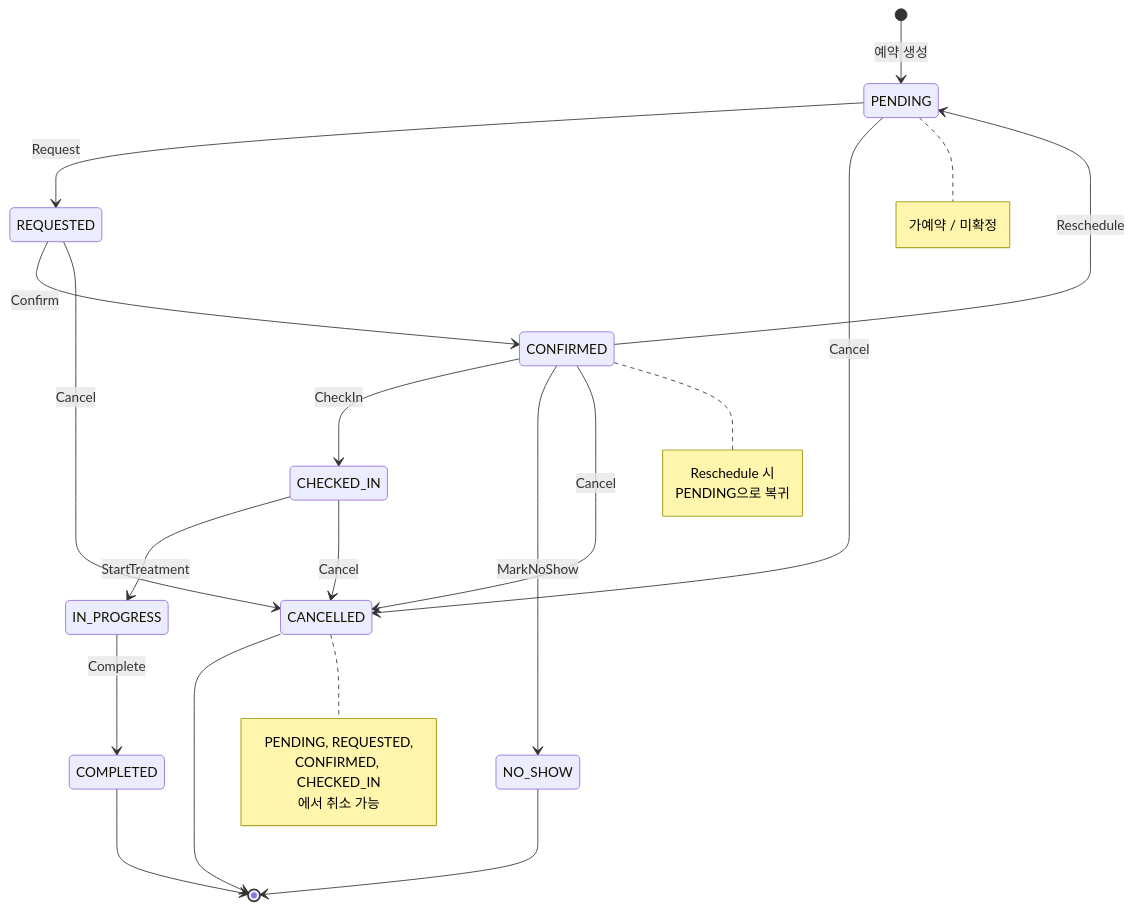
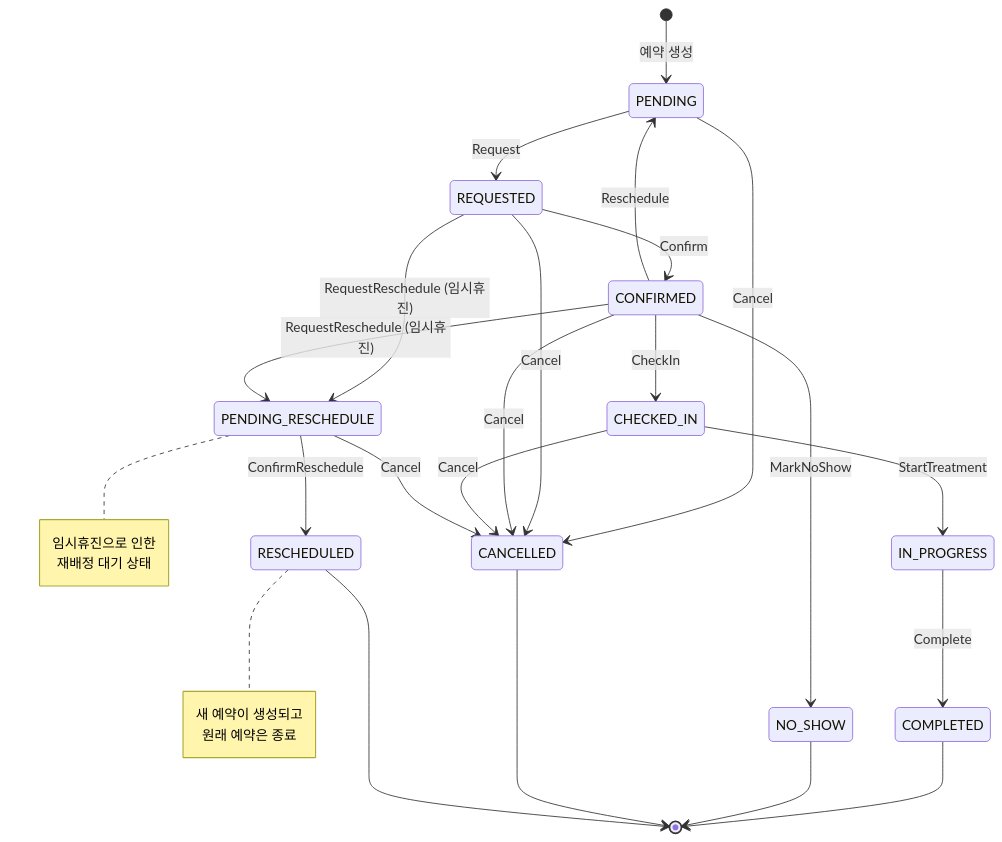
Before and after one commit to bluetape4k/bluetape4k-experimental: the fourth of 9 diagrams in scheduling/README.md, drawn with Mermaid. The commit also changed other lines of this file, not shown here.

````diff
--- a/scheduling/README.md
+++ b/scheduling/README.md
@@ -210,39 +318,40 @@
 ```mermaid
 stateDiagram-v2
     [*] --> PENDING : 예약 생성
 
     PENDING --> REQUESTED : Request
     PENDING --> CANCELLED : Cancel
 
     REQUESTED --> CONFIRMED : Confirm
+    REQUESTED --> PENDING_RESCHEDULE : RequestReschedule (임시휴진)
     REQUESTED --> CANCELLED : Cancel
 
     CONFIRMED --> CHECKED_IN : CheckIn
     CONFIRMED --> NO_SHOW : MarkNoShow
+    CONFIRMED --> PENDING : Reschedule
+    CONFIRMED --> PENDING_RESCHEDULE : RequestReschedule (임시휴진)
     CONFIRMED --> CANCELLED : Cancel
-    CONFIRMED --> PENDING : Reschedule
 
     CHECKED_IN --> IN_PROGRESS : StartTreatment
     CHECKED_IN --> CANCELLED : Cancel
 
     IN_PROGRESS --> COMPLETED : Complete
 
+    PENDING_RESCHEDULE --> RESCHEDULED : ConfirmReschedule
+    PENDING_RESCHEDULE --> CANCELLED : Cancel
+
     COMPLETED --> [*]
     NO_SHOW --> [*]
     CANCELLED --> [*]
+    RESCHEDULED --> [*]
 
-    note right of PENDING
-        가예약 / 미확정
+    note right of PENDING_RESCHEDULE
+        임시휴진으로 인한
+        재배정 대기 상태
     end note
 
-    note right of CONFIRMED
-        Reschedule 시
-        PENDING으로 복귀
-    end note
-
-    note right of CANCELLED
-        PENDING, REQUESTED,
-        CONFIRMED, CHECKED_IN
-        에서 취소 가능
+    note right of RESCHEDULED
+        새 예약이 생성되고
+        원래 예약은 종료
     end note
 ```
````
